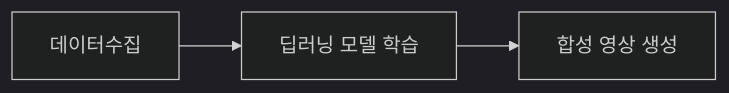
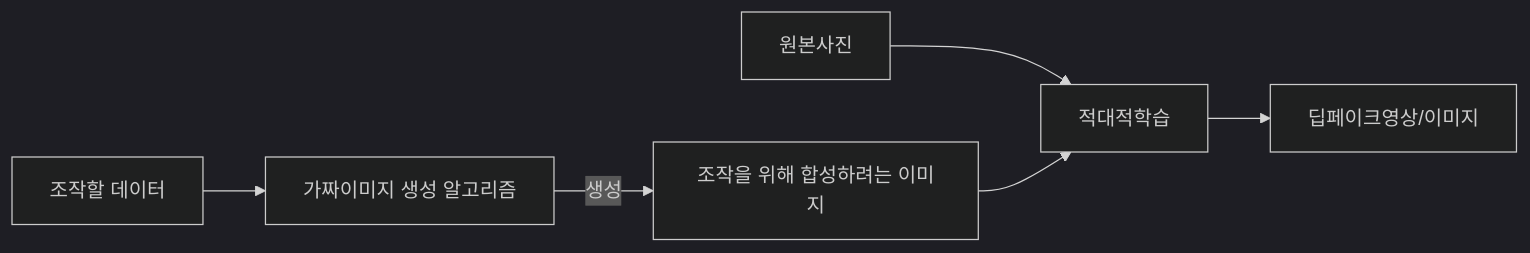
The diagram in blog/pe/conv/deepfake.md (gracefullight/gracefullight.github.io), drawn with Mermaid (dark theme) before and after one commit. The commit also changed other lines of this file, not shown here.

````diff
--- a/blog/pe/conv/deepfake.md
+++ b/blog/pe/conv/deepfake.md
@@ -26,8 +26,10 @@
 ```mermaid
 graph LR
-  C[데이터수집]
-  S[딥러닝 모델 학습]
-  G[합성 영상 생성]
+  data[조작할 데이터]
+  data --> fake_algo[가짜이미지 생성 알고리즘]
+  fake_algo --> |생성| 합성이미지[조작을 위해 합성하려는 이미지]
 
-  C --> S --> G
+  원본사진 --> 적대적학습
+  합성이미지 --> 적대적학습
+  적대적학습 --> 딥페이크영상/이미지
 ```
````
